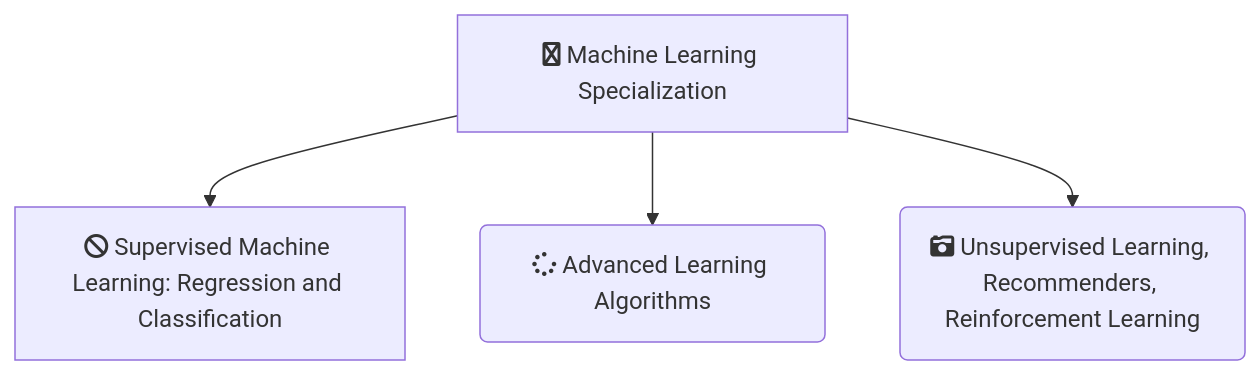
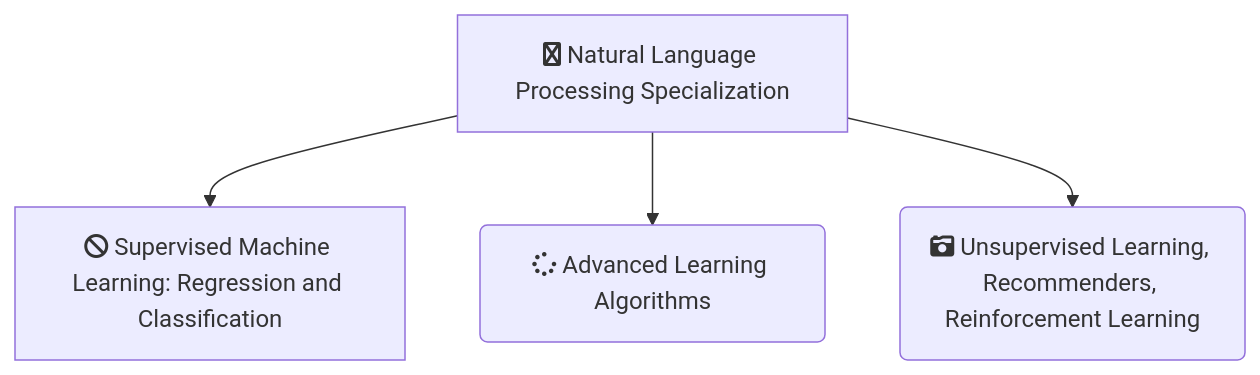
Before and after one commit to shantanu1109/Coursera-DeepLearning.AI-Natural-Language-Processing-Specialization: the diagram in README.md, drawn with Mermaid. The commit also changed other lines of this file, not shown here.

````diff
--- a/README.md
+++ b/README.md
@@ -55,7 +45,7 @@
 ```mermaid
 flowchart TD
-    B["fa:fa-twitter Machine Learning Specialization"]
+    B["fa:fa-twitter Natural Language Processing Specialization"]
     B-->C[fa:fa-ban Supervised Machine Learning: Regression and Classification]
     B-->D(fa:fa-spinner Advanced Learning Algorithms);
     B-->E(fa:fa-camera-retro Unsupervised Learning, Recommenders, Reinforcement Learning)
 ```
````
